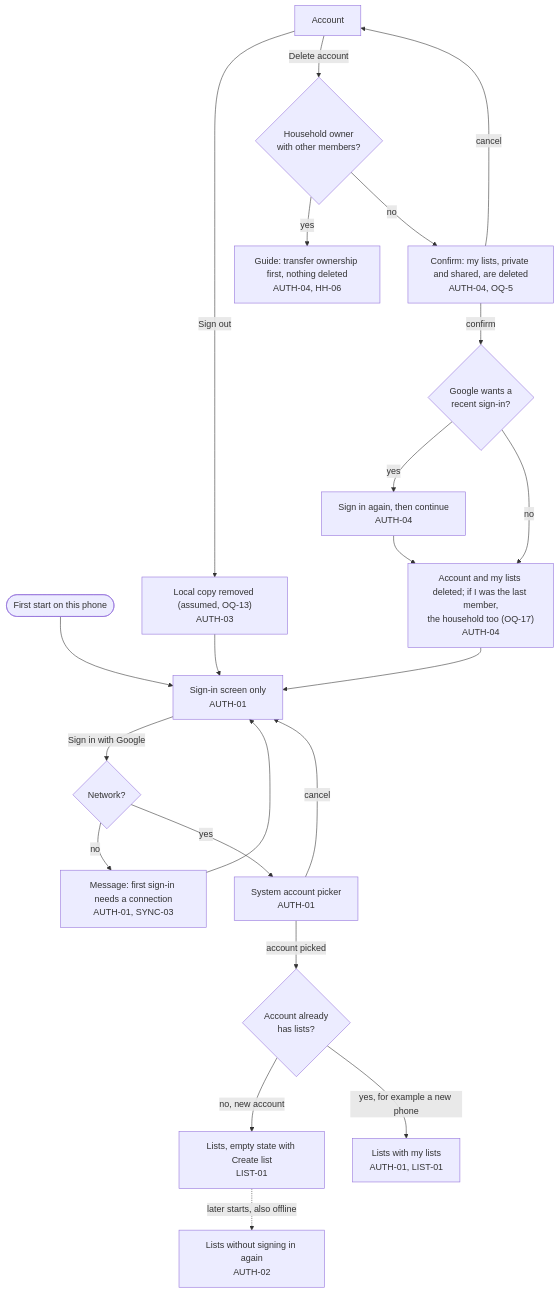
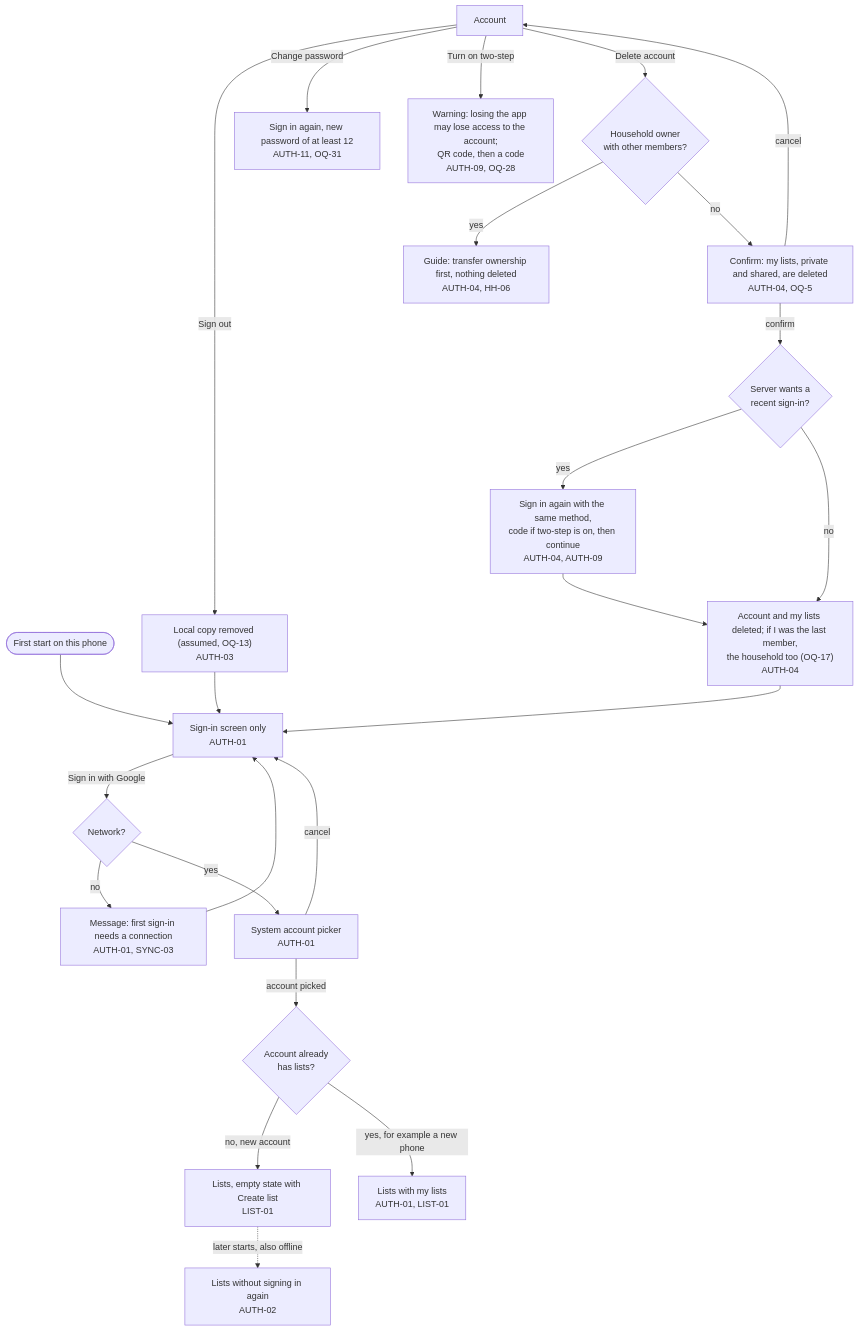
Before and after one commit to bondo/listicles2: the second of 11 diagrams in docs/product/flow.md, drawn with Mermaid. The commit also changed other lines of this file and 1 other file, not shown here.

````diff
--- a/docs/product/flow.md
+++ b/docs/product/flow.md
@@ -51,20 +60,22 @@
 ```mermaid
 flowchart TD
     open(["First start on this phone"]) --> si["Sign-in screen only<br>AUTH-01"]
     si -- "Sign in with Google" --> net{"Network?"}
     net -- "no" --> nonet["Message: first sign-in needs a connection<br>AUTH-01, SYNC-03"] --> si
     net -- "yes" --> picker["System account picker<br>AUTH-01"]
     picker -- "cancel" --> si
     picker -- "account picked" --> known{"Account already<br>has lists?"}
     known -- "no, new account" --> home["Lists, empty state with Create list<br>LIST-01"]
     known -- "yes, for example a new phone" --> mine["Lists with my lists<br>AUTH-01, LIST-01"]
     home -. "later starts, also offline" .-> home2["Lists without signing in again<br>AUTH-02"]
     acc["Account"] -- "Sign out" --> wipe["Local copy removed (assumed, OQ-13)<br>AUTH-03"] --> si
+    acc -- "Change password" --> chpw["Sign in again, new password of at least 12<br>AUTH-11, OQ-31"]
+    acc -- "Turn on two-step" --> warn["Warning: losing the app may lose access to the account;<br>QR code, then a code<br>AUTH-09, OQ-28"]
     acc -- "Delete account" --> owner{"Household owner<br>with other members?"}
     owner -- "yes" --> transfer["Guide: transfer ownership first, nothing deleted<br>AUTH-04, HH-06"]
     owner -- "no" --> confirm["Confirm: my lists, private and shared, are deleted<br>AUTH-04, OQ-5"]
     confirm -- "cancel" --> acc
-    confirm -- "confirm" --> reauth{"Google wants a<br>recent sign-in?"}
-    reauth -- "yes" --> again["Sign in again, then continue<br>AUTH-04"] --> gone
+    confirm -- "confirm" --> reauth{"Server wants a<br>recent sign-in?"}
+    reauth -- "yes" --> again["Sign in again with the same method,<br>code if two-step is on, then continue<br>AUTH-04, AUTH-09"] --> gone
     reauth -- "no" --> gone["Account and my lists deleted; if I was the last member,<br>the household too (OQ-17)<br>AUTH-04"] --> si
 ```
````
